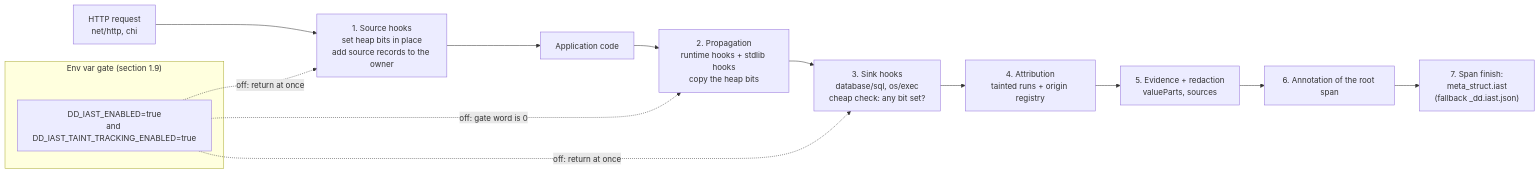
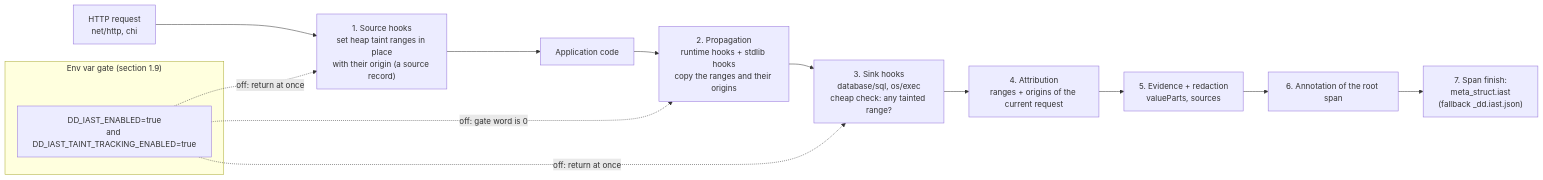
The first of 7 diagrams in _docs/design/taint-tracking-v0.md (DataDog/dd-iast-go), drawn with Mermaid before and after one commit. The commit also changed other lines of this file, not shown here.

First line of the commit message:
docs(design): update sources, transforms and constraints for the range origins

````diff
--- a/_docs/design/taint-tracking-v0.md
+++ b/_docs/design/taint-tracking-v0.md
@@ -102,17 +102,17 @@
 ```mermaid
 flowchart LR
   subgraph GATE["Env var gate (section 1.9)"]
     ENV["DD_IAST_ENABLED=true<br/>and DD_IAST_TAINT_TRACKING_ENABLED=true"]
   end
-  REQ["HTTP request<br/>net/http, chi"] --> SRC["1. Source hooks<br/>set heap bits in place<br/>add source records to the owner"]
+  REQ["HTTP request<br/>net/http, chi"] --> SRC["1. Source hooks<br/>set heap taint ranges in place<br/>with their origin (a source record)"]
   SRC --> APP["Application code"]
-  APP --> PROP["2. Propagation<br/>runtime hooks + stdlib hooks<br/>copy the heap bits"]
-  PROP --> SINK["3. Sink hooks<br/>database/sql, os/exec<br/>cheap check: any bit set?"]
-  SINK --> ATTR["4. Attribution<br/>tainted runs + origin registry"]
+  APP --> PROP["2. Propagation<br/>runtime hooks + stdlib hooks<br/>copy the ranges and their origins"]
+  PROP --> SINK["3. Sink hooks<br/>database/sql, os/exec<br/>cheap check: any tainted range?"]
+  SINK --> ATTR["4. Attribution<br/>ranges + origins of the current request"]
   ATTR --> EVID["5. Evidence + redaction<br/>valueParts, sources"]
   EVID --> ANN["6. Annotation of the root span"]
   ANN --> OUT["7. Span finish:<br/>meta_struct.iast<br/>(fallback _dd.iast.json)"]
   ENV -. "off: return at once" .-> SRC
   ENV -. "off: gate word is 0" .-> PROP
   ENV -. "off: return at once" .-> SINK
 ```
````
